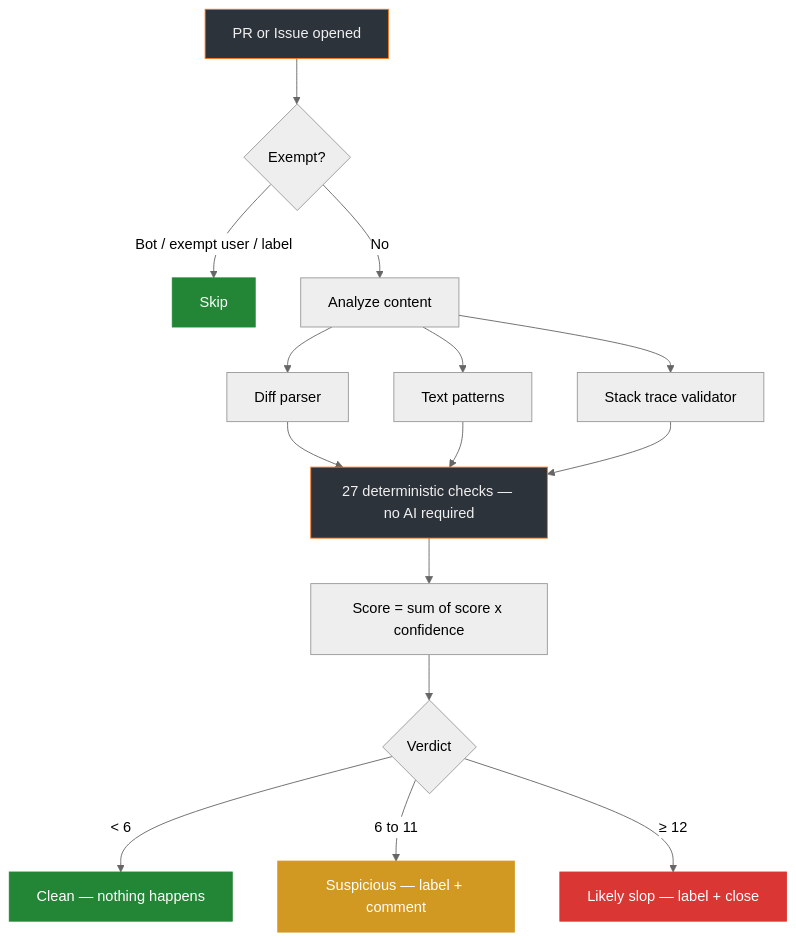
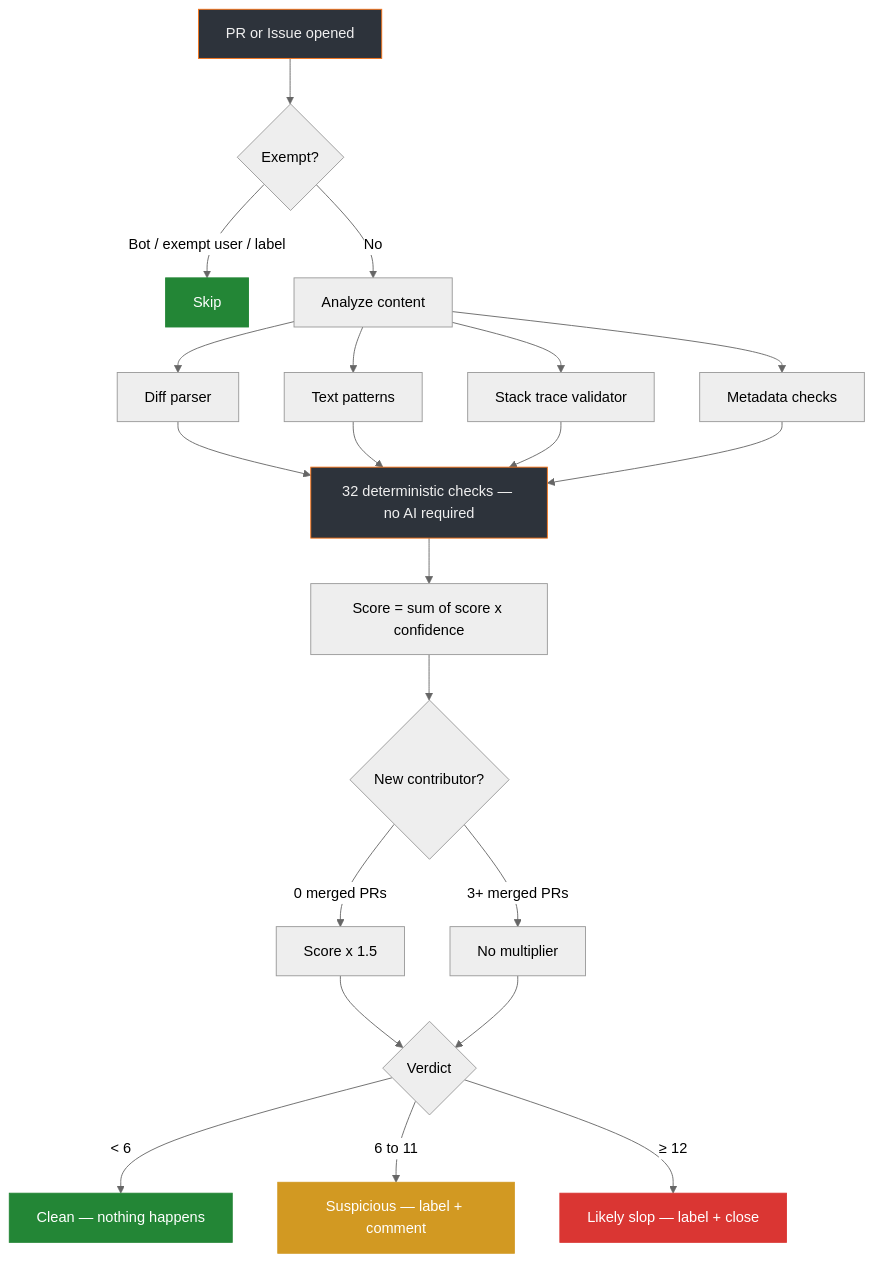
One commit to actions-marketplace-validations/Anti-Ai-Slop_ai-slop-guard changed the diagram in README.md. Above: the diagram before and after it, drawn with Mermaid (neutral theme). The commit also changed other lines of this file, not shown here.

````diff
--- a/README.md
+++ b/README.md
@@ -53,25 +66,29 @@
 ```mermaid
 flowchart TD
     A["PR or Issue opened"] --> B{"Exempt?"}
     B -- "Bot / exempt user / label" --> SKIP["Skip"]
     B -- "No" --> D["Analyze content"]
 
     D --> E["Diff parser"]
     D --> F["Text patterns"]
     D --> G["Stack trace validator"]
+    D --> M["Metadata checks"]
 
-    E & F & G --> H["27 deterministic checks — no AI required"]
+    E & F & G & M --> H["32 deterministic checks — no AI required"]
     H --> S["Score = sum of score x confidence"]
+    S --> CM{"New contributor?"}
+    CM -- "0 merged PRs" --> MUL["Score x 1.5"]
+    CM -- "3+ merged PRs" --> NOM["No multiplier"]
+    MUL & NOM --> V{"Verdict"}
 
-    S --> V{"Verdict"}
     V -- "< 6" --> CLEAN["Clean — nothing happens"]
     V -- "6 to 11" --> WARN["Suspicious — label + comment"]
     V -- "≥ 12" --> SLOP["Likely slop — label + close"]
 
     style A fill:#2d333b,stroke:#f97316,color:#f0f0f0
     style SKIP fill:#238636,stroke:#238636,color:#fff
     style CLEAN fill:#238636,stroke:#238636,color:#fff
     style WARN fill:#d29922,stroke:#d29922,color:#fff
     style SLOP fill:#da3633,stroke:#da3633,color:#fff
     style H fill:#2d333b,stroke:#f97316,color:#f0f0f0
 ```
````
